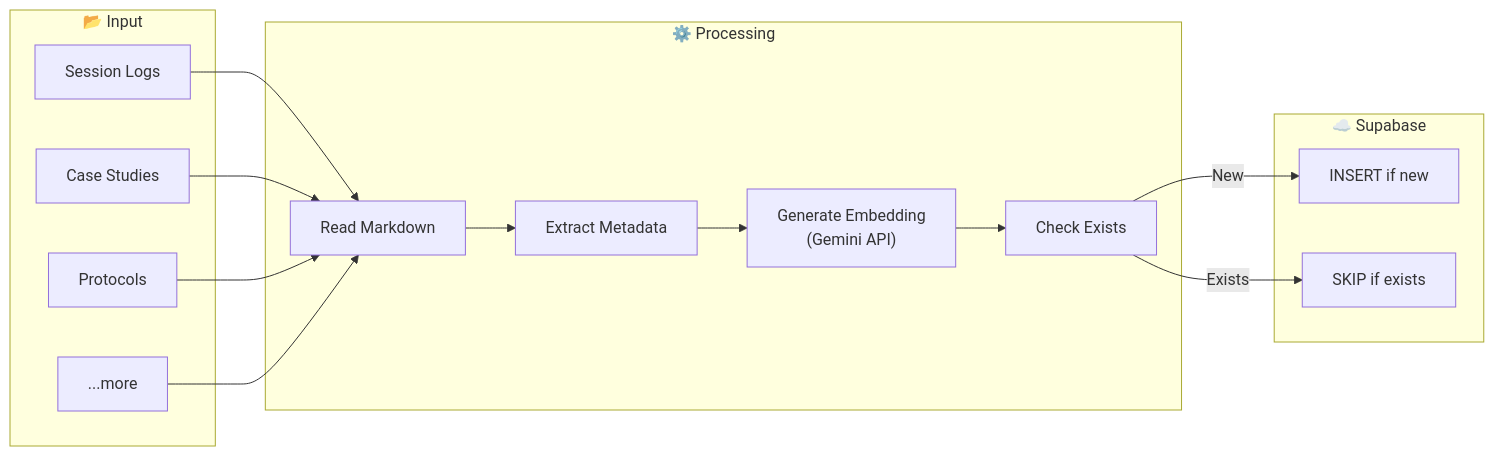
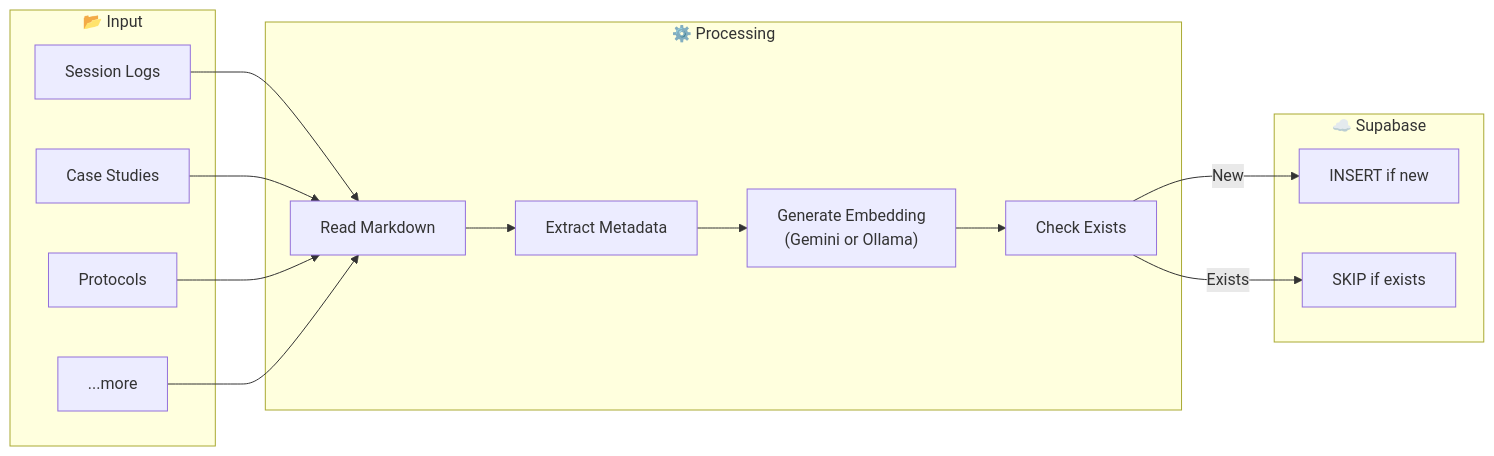
Before and after one commit to agent-memory-atlas-archive/winstonkoh87--Athena-Public: the third of 3 diagrams in docs/VECTORRAG.md, drawn with Mermaid. The commit also changed other lines of this file and 5 other files, not shown here.

````diff
--- a/docs/VECTORRAG.md
+++ b/docs/VECTORRAG.md
@@ -251,25 +251,25 @@
 ```mermaid
 flowchart LR
     subgraph INPUT["📂 Input"]
         F1["Session Logs"]
         F2["Case Studies"]
         F3["Protocols"]
         F4["...more"]
     end
     
     subgraph PROCESS["⚙️ Processing"]
         P1["Read Markdown"]
         P2["Extract Metadata"]
-        P3["Generate Embedding<br/>(Gemini API)"]
+        P3["Generate Embedding<br/>(Gemini or Ollama)"]
         P4["Check Exists"]
     end
     
     subgraph OUTPUT["☁️ Supabase"]
         O1["INSERT if new"]
         O2["SKIP if exists"]
     end
     
     F1 & F2 & F3 & F4 --> P1 --> P2 --> P3 --> P4
     P4 -->|New| O1
     P4 -->|Exists| O2
 ```
````
